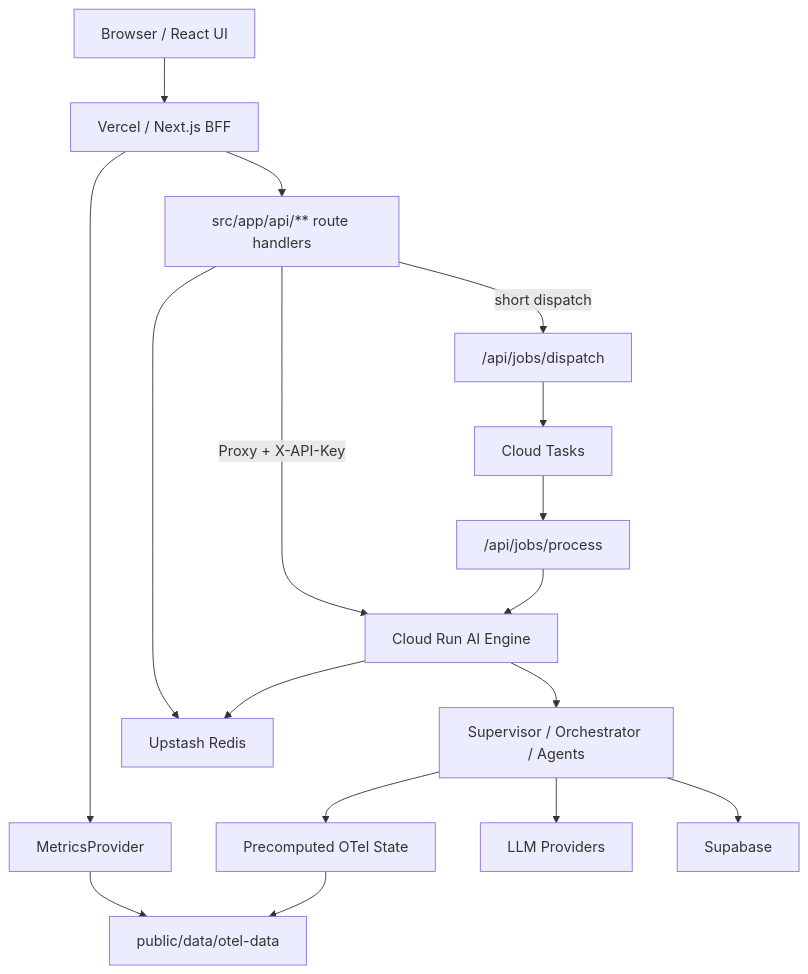
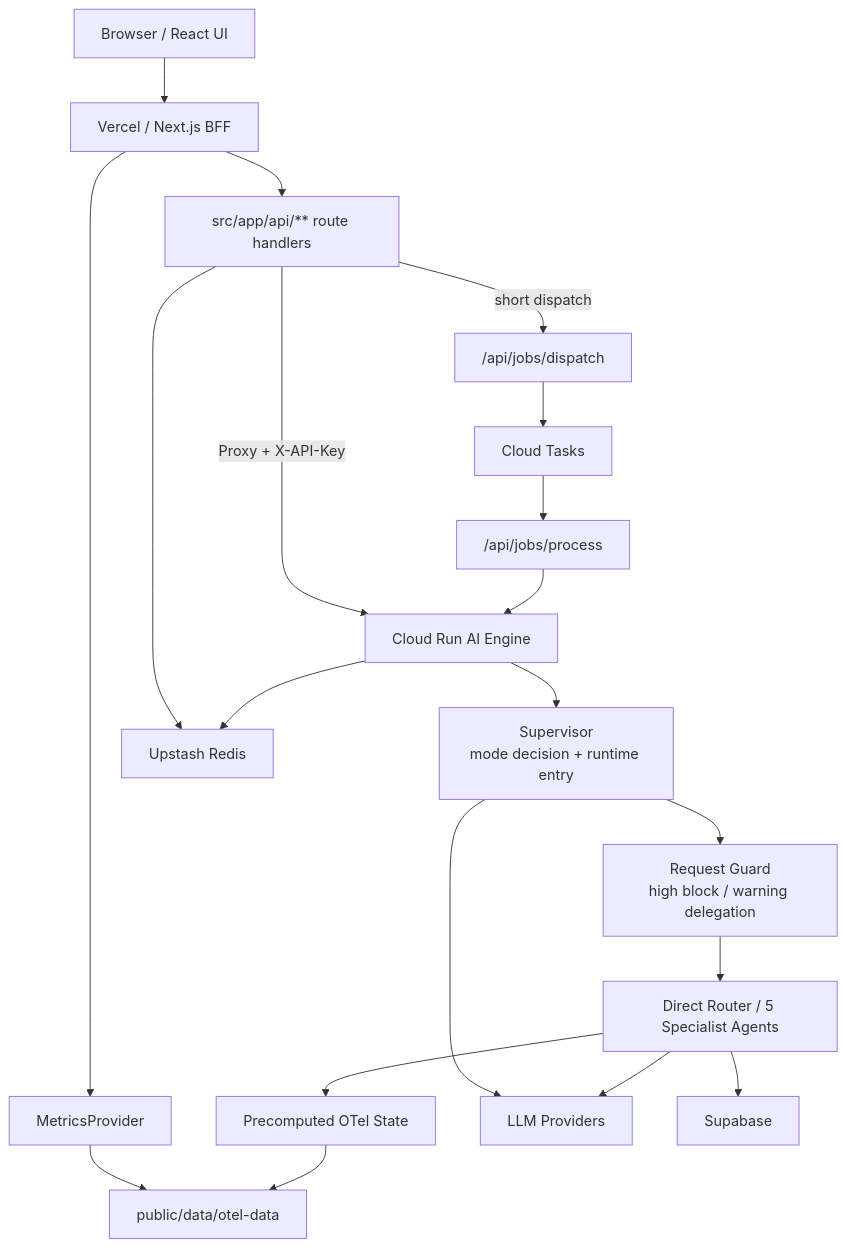
Before and after one commit to skyasu2/openmanager-ai: the diagram in docs/architecture/01-system-overview.md, drawn with Mermaid. The commit also changed other lines of this file and 8 other files, not shown here.

Commit message:
docs(ai): close routing ux architecture plan

````diff
--- a/docs/architecture/01-system-overview.md
+++ b/docs/architecture/01-system-overview.md
@@ -27,23 +27,26 @@
 ```mermaid
 flowchart TB
     Browser["Browser / React UI"] --> Vercel["Vercel / Next.js BFF"]
 
     Vercel --> Routes["src/app/api/** route handlers"]
     Vercel --> Metrics["MetricsProvider"]
     Metrics --> OTel["public/data/otel-data"]
 
     Routes -->|Proxy + X-API-Key| CloudRun["Cloud Run AI Engine"]
-    CloudRun --> Supervisor["Supervisor / Orchestrator / Agents"]
-    Supervisor --> Precomputed["Precomputed OTel State"]
+    CloudRun --> Supervisor["Supervisor\nmode decision + runtime entry"]
+    Supervisor --> Guard["Request Guard\nhigh block / warning delegation"]
+    Guard --> DirectRouter["Direct Router / 5 Specialist Agents"]
+    DirectRouter --> Precomputed["Precomputed OTel State"]
     Precomputed --> OTel
 
     Routes --> Redis["Upstash Redis"]
     CloudRun --> Redis
     Routes -->|short dispatch| Dispatch["/api/jobs/dispatch"]
     Dispatch --> Tasks["Cloud Tasks"]
     Tasks --> Worker["/api/jobs/process"]
     Worker --> CloudRun
 
     Supervisor --> Providers["LLM Providers"]
-    Supervisor --> Supabase["Supabase"]
+    DirectRouter --> Providers
+    DirectRouter --> Supabase["Supabase"]
 ```
````
